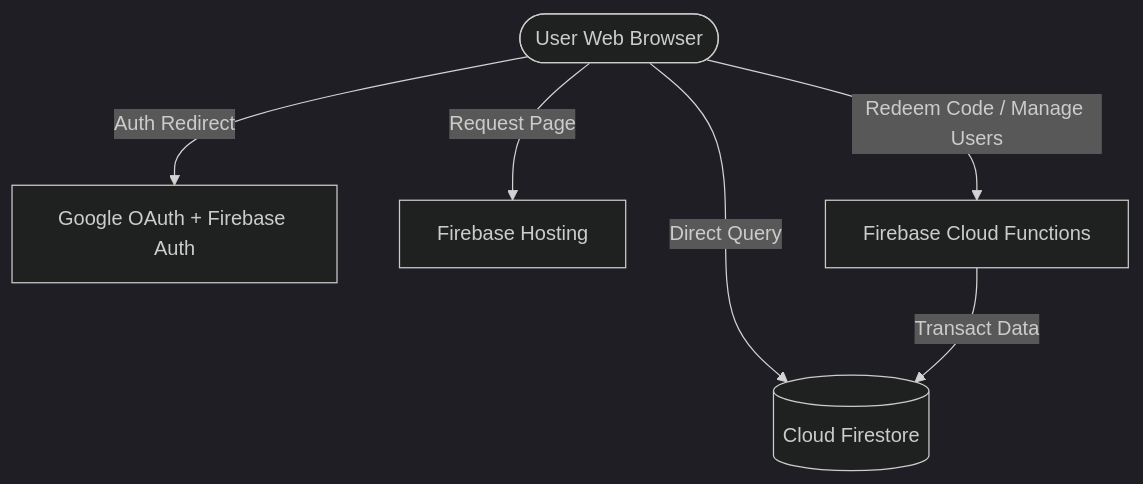
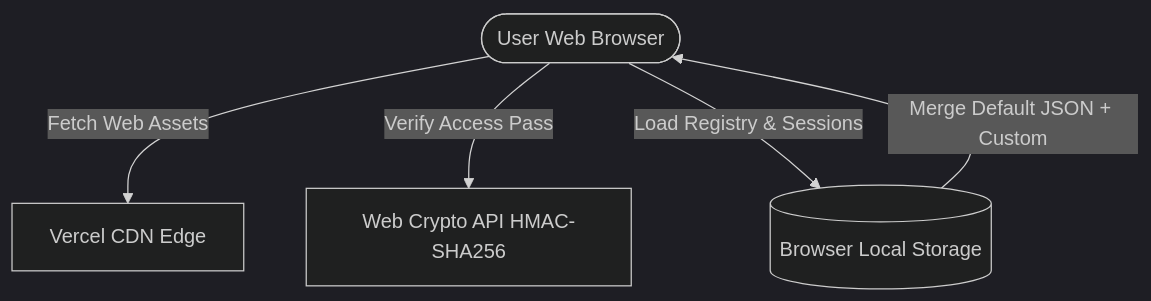
Before and after one commit to rjmad1/RajaJeevanCustomGPTS: the first of 2 diagrams in docs/architecture_document.md, drawn with Mermaid (dark theme). The commit also changed other lines of this file and 9 other files, not shown here.

Commit message:
Synchronize all documentation manuals and add root-level README.md to match the modernized stateless React SPA HMAC access pass architecture

````diff
--- a/docs/architecture_document.md
+++ b/docs/architecture_document.md
@@ -11,14 +11,12 @@
 ```mermaid
 graph TD
   User([User Web Browser])
-  Auth[Google OAuth + Firebase Auth]
-  Hosting[Firebase Hosting]
-  Firestore[(Cloud Firestore)]
-  Functions[Firebase Cloud Functions]
+  Vercel[Vercel CDN Edge]
+  WebCrypto[Web Crypto API HMAC-SHA256]
+  LocalStorage[(Browser Local Storage)]
   
-  User -->|Request Page| Hosting
-  User -->|Auth Redirect| Auth
-  User -->|Direct Query| Firestore
-  User -->|Redeem Code / Manage Users| Functions
-  Functions -->|Transact Data| Firestore
+  User -->|Fetch Web Assets| Vercel
+  User -->|Verify Access Pass| WebCrypto
+  User -->|Load Registry & Sessions| LocalStorage
+  LocalStorage -->|Merge Default JSON + Custom| User
 ```
````
